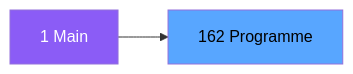
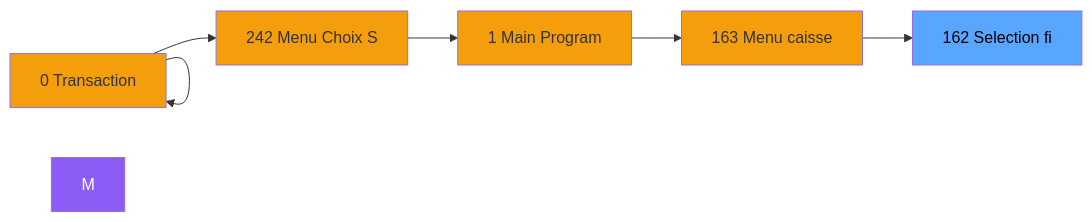
One commit to thonyAGP/magic-migration changed the second of 3 diagrams in .openspec/specs/ADH-IDE-162.md. Above: the diagram before and after it, drawn with Mermaid. The commit also changed other lines of this file and 323 other files, not shown here.

````diff
--- a/.openspec/specs/ADH-IDE-162.md
+++ b/.openspec/specs/ADH-IDE-162.md
@@ -100,8 +122,21 @@
 ```mermaid
 graph LR
-    M[1 Main]
-    T[162 Programme]
-    M --> T
+    N0[0 Transaction ]
+    N0[0 Transaction ]
+    N242[242 Menu Choix S]
+    N1[1 Main Program]
+    N163[163 Menu caisse ]
+    T[162 Selection fi]
+    N0 --> N0
+    N0 --> N242
+    N242 --> N1
+    N1 --> N163
+    N163 --> T
     style M fill:#8b5cf6,color:#fff
+    style N0 fill:#f59e0b
+    style N0 fill:#f59e0b
+    style N242 fill:#f59e0b
+    style N1 fill:#f59e0b
+    style N163 fill:#f59e0b
     style T fill:#58a6ff,color:#000
 ```
````
